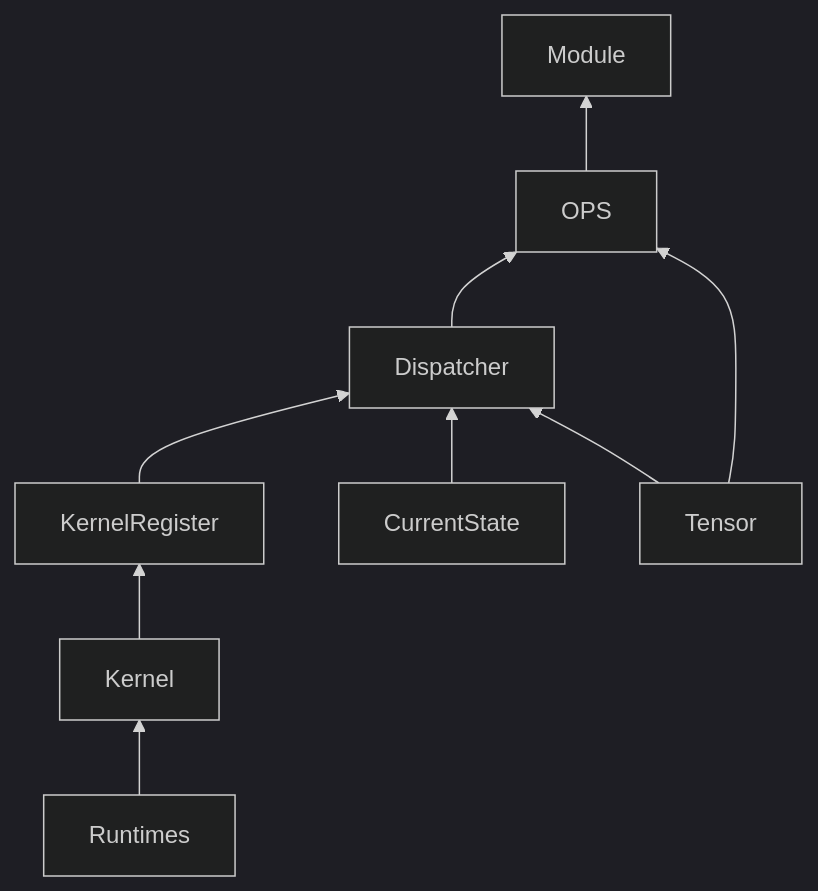
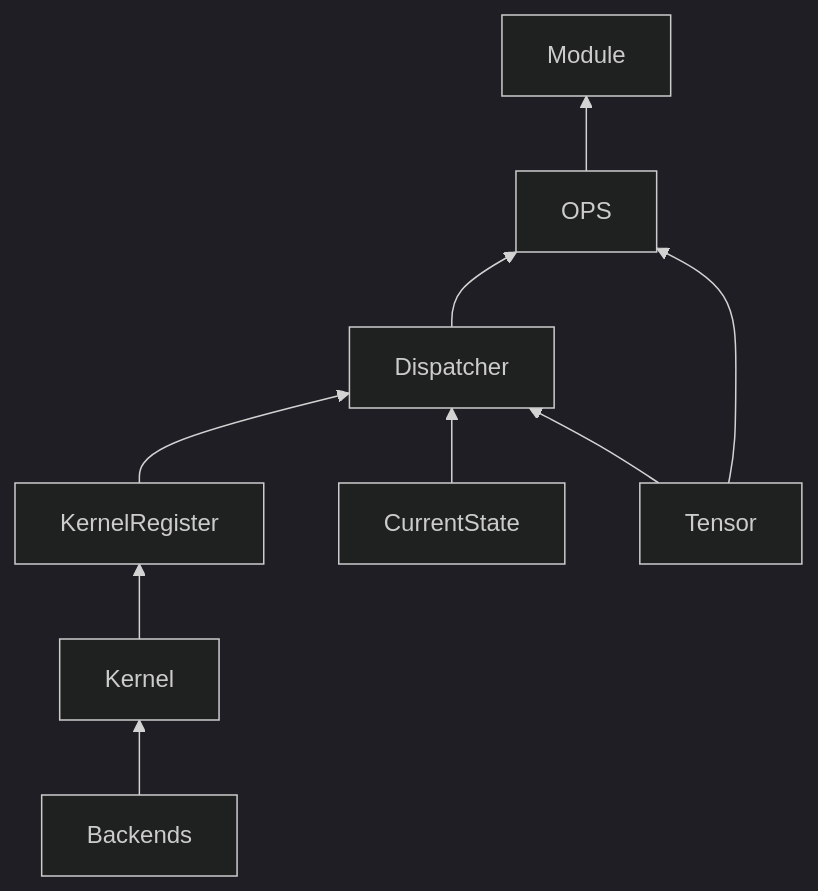
Before and after one commit to ishidatakumi/orteaf: the second of 3 diagrams in docs/developer/design.md, drawn with Mermaid (dark theme). The commit also changed other lines of this file and 11 other files, not shown here.

````diff
--- a/docs/developer/design.md
+++ b/docs/developer/design.md
@@ -84,14 +84,14 @@
 ```mermaid
 graph BT
 
-    Runtimes --> Kernel
+    Backends --> Kernel
     Kernel --> KernelRegister
     KernelRegister --> Dispatcher
     Dispatcher --> OPS
 
     CurrentState --> Dispatcher
     Tensor --> Dispatcher
     Tensor --> OPS
 
     OPS --> Module
 ```
````
